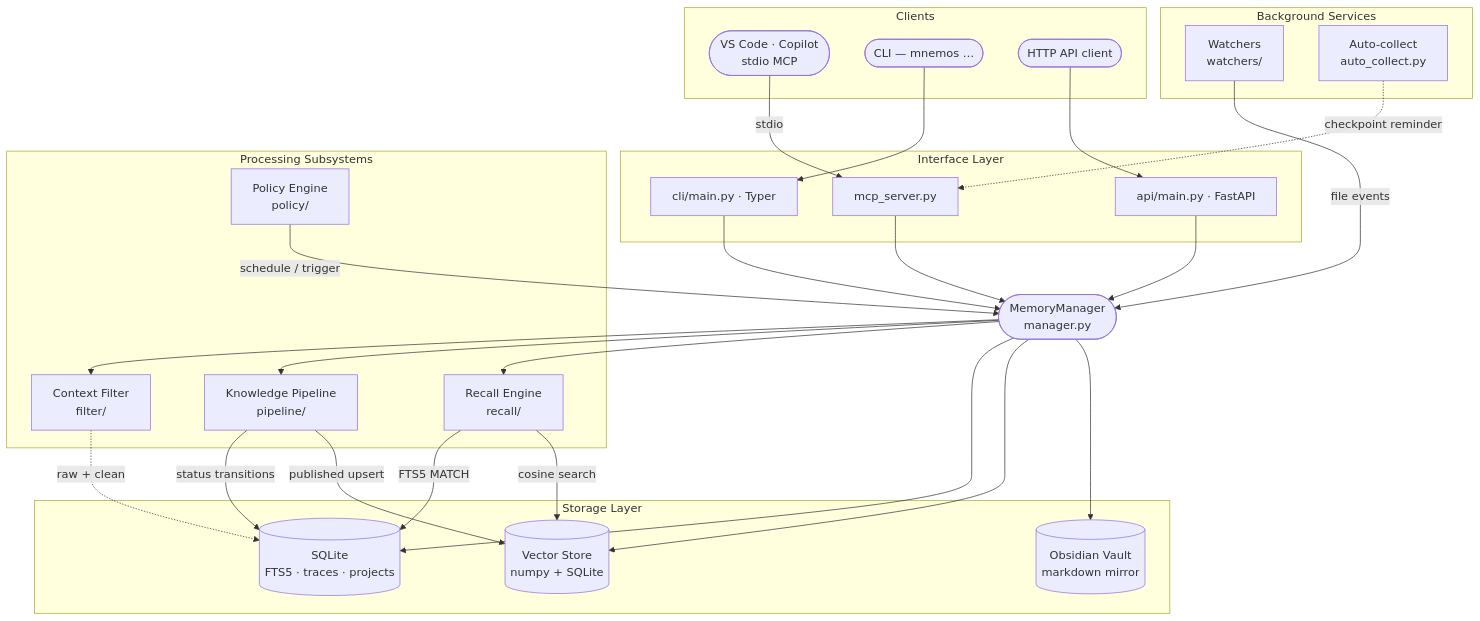
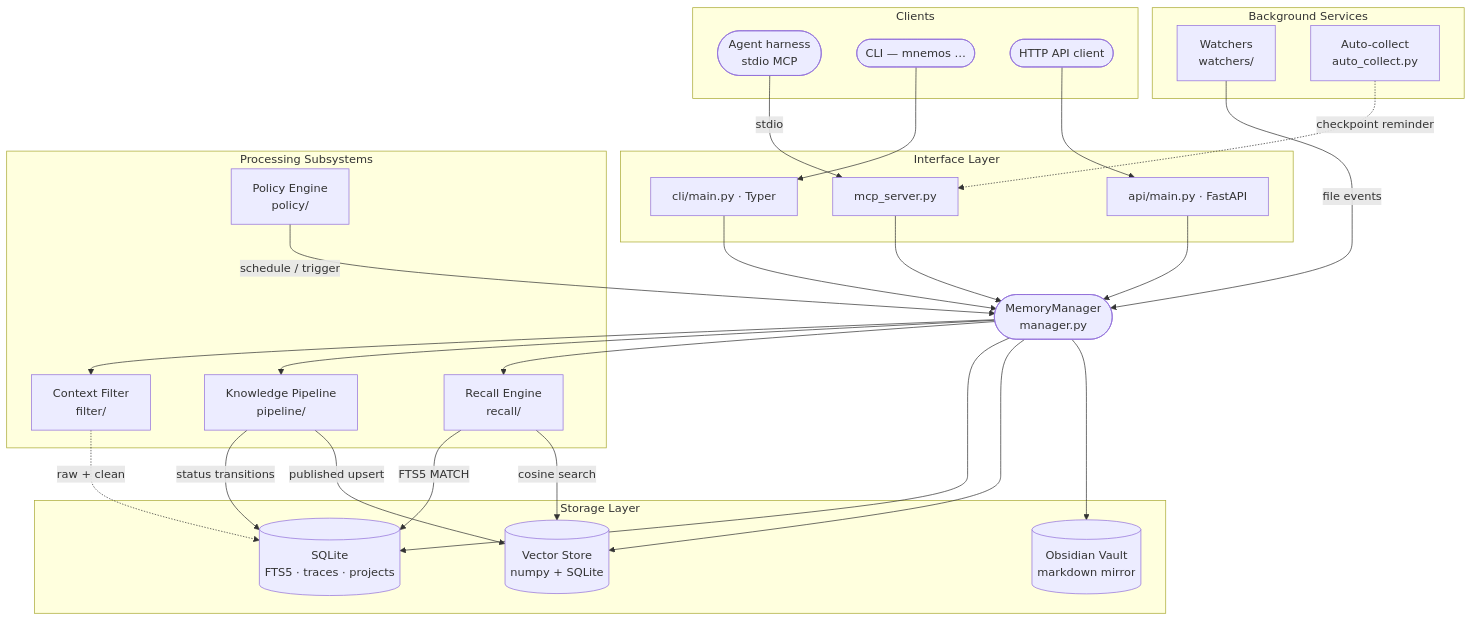
One commit to vesmaro/vesmaro changed the diagram in README.md. Above: the diagram before and after it, drawn with Mermaid. The commit also changed other lines of this file and 6 other files, not shown here.

````diff
--- a/README.md
+++ b/README.md
@@ -234,55 +267,55 @@
 ```mermaid
 flowchart TB
     subgraph CLIENTS["Clients"]
-        C1(["VS Code · Copilot\nstdio MCP"])
+        C1(["Agent harness\nstdio MCP"])
         C2(["CLI — mnemos …"])
         C3(["HTTP API client"])
     end
 
     subgraph IFACE["Interface Layer"]
         MCP["mcp_server.py"]
         FAPI["api/main.py · FastAPI"]
         TYPER["cli/main.py · Typer"]
     end
 
     MGR(["MemoryManager\nmanager.py"])
 
     subgraph PROC["Processing Subsystems"]
         CF["Context Filter\nfilter/"]
         PP["Knowledge Pipeline\npipeline/"]
         RE["Recall Engine\nrecall/"]
         PE["Policy Engine\npolicy/"]
     end
 
     subgraph BG["Background Services"]
         WA["Watchers\nwatchers/"]
         AC["Auto-collect\nauto_collect.py"]
     end
 
     subgraph STORE["Storage Layer"]
         SQ[("SQLite\nFTS5 · traces · projects")]
         VS[("Vector Store\nnumpy + SQLite")]
         VLT[("Obsidian Vault\nmarkdown mirror")]
     end
 
     C1 -->|"stdio"| MCP
     C2 --> TYPER
     C3 --> FAPI
     MCP --> MGR
     TYPER --> MGR
     FAPI --> MGR
     MGR --> CF
     MGR --> PP
     MGR --> RE
     MGR --> SQ
     MGR --> VS
     MGR --> VLT
     CF -.->|"raw + clean"| SQ
     PP -->|"status transitions"| SQ
     PP -->|"published upsert"| VS
     RE -->|"FTS5 MATCH"| SQ
     RE -->|"cosine search"| VS
     PE -->|"schedule / trigger"| MGR
     WA -->|"file events"| MGR
     AC -.->|"checkpoint reminder"| MCP
 ```
````
